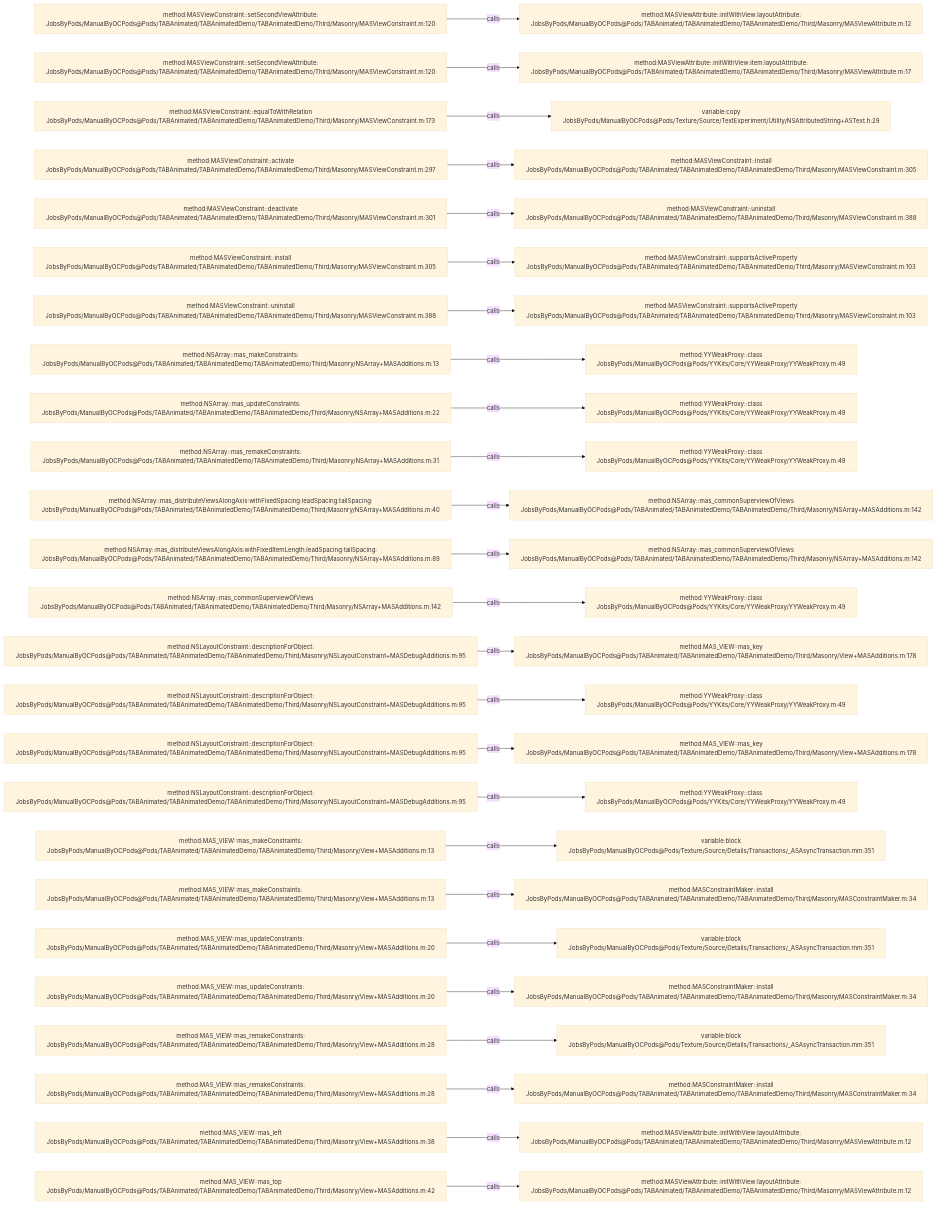
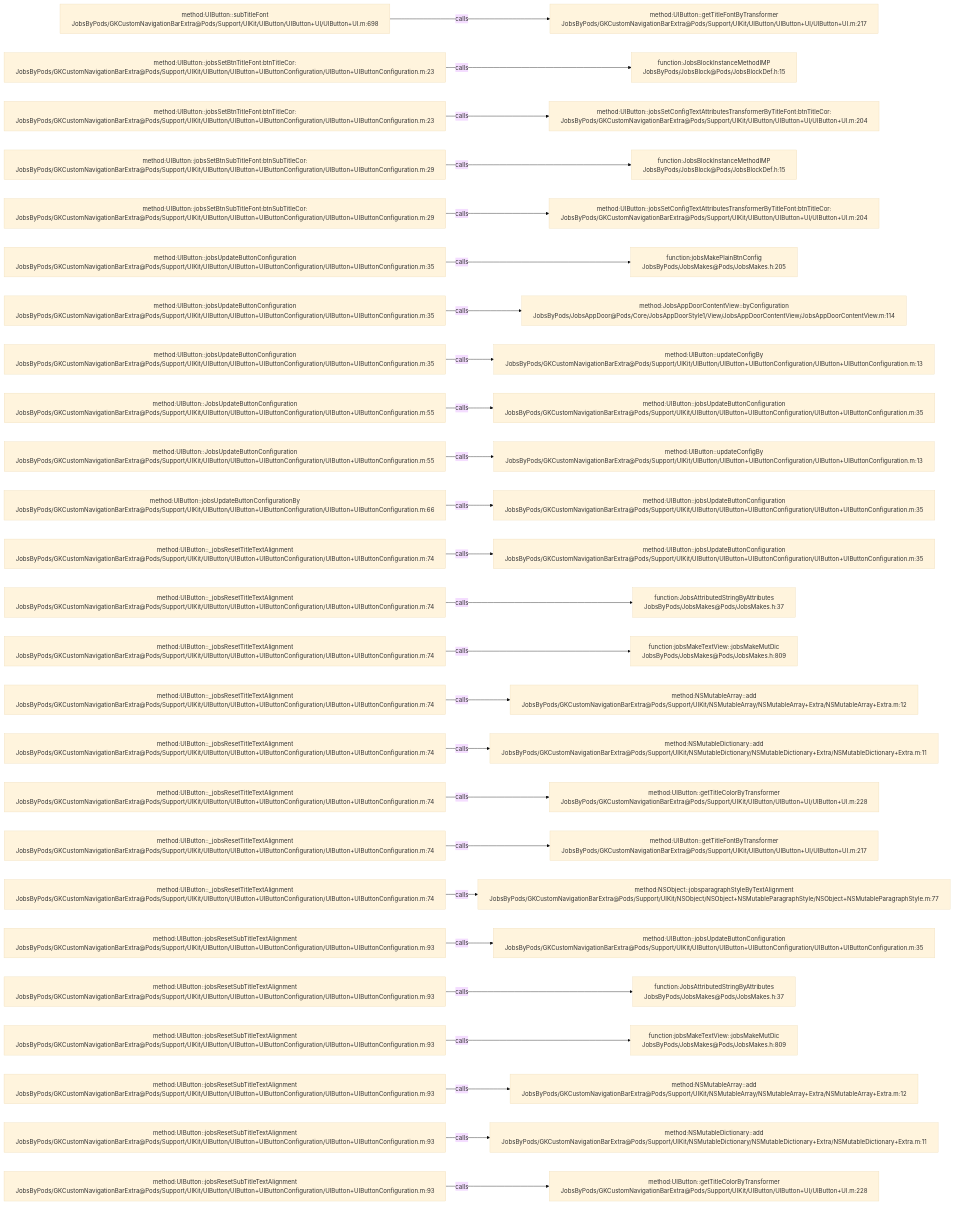
One commit to JobsKits/JobsOCBaseConfigDemo changed the diagram in .codegraph/codegraph.md/graphs/calls-032.md. Above: the diagram before and after it, drawn with Mermaid (base theme). The commit also changed 768 other files, not shown here.

````diff
--- a/.codegraph/codegraph.md/graphs/calls-032.md
+++ b/.codegraph/codegraph.md/graphs/calls-032.md
@@ -13,78 +13,78 @@
 ```mermaid
 flowchart LR
-  S1["method:MASViewConstraint::setSecondViewAttribute:<br/>JobsByPods/ManualByOCPods@Pods/TABAnimated/TABAnimatedDemo/TABAnimatedDemo/Third/Masonry/MASViewConstraint.m:120"]
-  T1["method:MASViewAttribute::initWithView:layoutAttribute:<br/>JobsByPods/ManualByOCPods@Pods/TABAnimated/TABAnimatedDemo/TABAnimatedDemo/Third/Masonry/MASViewAttribute.m:12"]
+  S1["method:UIButton::subTitleFont<br/>JobsByPods/GKCustomNavigationBarExtra@Pods/Support/UIKit/UIButton/UIButton+UI/UIButton+UI.m:698"]
+  T1["method:UIButton::getTitleFontByTransformer<br/>JobsByPods/GKCustomNavigationBarExtra@Pods/Support/UIKit/UIButton/UIButton+UI/UIButton+UI.m:217"]
   S1 -->|calls| T1
-  S2["method:MASViewConstraint::setSecondViewAttribute:<br/>JobsByPods/ManualByOCPods@Pods/TABAnimated/TABAnimatedDemo/TABAnimatedDemo/Third/Masonry/MASViewConstraint.m:120"]
-  T2["method:MASViewAttribute::initWithView:item:layoutAttribute:<br/>JobsByPods/ManualByOCPods@Pods/TABAnimated/TABAnimatedDemo/TABAnimatedDemo/Third/Masonry/MASViewAttribute.m:17"]
+  S2["method:UIButton::jobsSetBtnTitleFont:btnTitleCor:<br/>JobsByPods/GKCustomNavigationBarExtra@Pods/Support/UIKit/UIButton/UIButton+UIButtonConfiguration/UIButton+UIButtonConfiguration.m:23"]
+  T2["function:JobsBlockInstanceMethodIMP<br/>JobsByPods/JobsBlock@Pods/JobsBlockDef.h:15"]
   S2 -->|calls| T2
-  S3["method:MASViewConstraint::equalToWithRelation<br/>JobsByPods/ManualByOCPods@Pods/TABAnimated/TABAnimatedDemo/TABAnimatedDemo/Third/Masonry/MASViewConstraint.m:173"]
-  T3["variable:copy<br/>JobsByPods/ManualByOCPods@Pods/Texture/Source/TextExperiment/Utility/NSAttributedString+ASText.h:29"]
+  S3["method:UIButton::jobsSetBtnTitleFont:btnTitleCor:<br/>JobsByPods/GKCustomNavigationBarExtra@Pods/Support/UIKit/UIButton/UIButton+UIButtonConfiguration/UIButton+UIButtonConfiguration.m:23"]
+  T3["method:UIButton::jobsSetConfigTextAttributesTransformerByTitleFont:btnTitleCor:<br/>JobsByPods/GKCustomNavigationBarExtra@Pods/Support/UIKit/UIButton/UIButton+UI/UIButton+UI.m:204"]
   S3 -->|calls| T3
-  S4["method:MASViewConstraint::activate<br/>JobsByPods/ManualByOCPods@Pods/TABAnimated/TABAnimatedDemo/TABAnimatedDemo/Third/Masonry/MASViewConstraint.m:297"]
-  T4["method:MASViewConstraint::install<br/>JobsByPods/ManualByOCPods@Pods/TABAnimated/TABAnimatedDemo/TABAnimatedDemo/Third/Masonry/MASViewConstraint.m:305"]
+  S4["method:UIButton::jobsSetBtnSubTitleFont:btnSubTitleCor:<br/>JobsByPods/GKCustomNavigationBarExtra@Pods/Support/UIKit/UIButton/UIButton+UIButtonConfiguration/UIButton+UIButtonConfiguration.m:29"]
+  T4["function:JobsBlockInstanceMethodIMP<br/>JobsByPods/JobsBlock@Pods/JobsBlockDef.h:15"]
   S4 -->|calls| T4
-  S5["method:MASViewConstraint::deactivate<br/>JobsByPods/ManualByOCPods@Pods/TABAnimated/TABAnimatedDemo/TABAnimatedDemo/Third/Masonry/MASViewConstraint.m:301"]
-  T5["method:MASViewConstraint::uninstall<br/>JobsByPods/ManualByOCPods@Pods/TABAnimated/TABAnimatedDemo/TABAnimatedDemo/Third/Masonry/MASViewConstraint.m:388"]
+  S5["method:UIButton::jobsSetBtnSubTitleFont:btnSubTitleCor:<br/>JobsByPods/GKCustomNavigationBarExtra@Pods/Support/UIKit/UIButton/UIButton+UIButtonConfiguration/UIButton+UIButtonConfiguration.m:29"]
+  T5["method:UIButton::jobsSetConfigTextAttributesTransformerByTitleFont:btnTitleCor:<br/>JobsByPods/GKCustomNavigationBarExtra@Pods/Support/UIKit/UIButton/UIButton+UI/UIButton+UI.m:204"]
   S5 -->|calls| T5
-  S6["method:MASViewConstraint::install<br/>JobsByPods/ManualByOCPods@Pods/TABAnimated/TABAnimatedDemo/TABAnimatedDemo/Third/Masonry/MASViewConstraint.m:305"]
-  T6["method:MASViewConstraint::supportsActiveProperty<br/>JobsByPods/ManualByOCPods@Pods/TABAnimated/TABAnimatedDemo/TABAnimatedDemo/Third/Masonry/MASViewConstraint.m:103"]
+  S6["method:UIButton::jobsUpdateButtonConfiguration<br/>JobsByPods/GKCustomNavigationBarExtra@Pods/Support/UIKit/UIButton/UIButton+UIButtonConfiguration/UIButton+UIButtonConfiguration.m:35"]
+  T6["function:jobsMakePlainBtnConfig<br/>JobsByPods/JobsMakes@Pods/JobsMakes.h:205"]
   S6 -->|calls| T6
-  S7["method:MASViewConstraint::uninstall<br/>JobsByPods/ManualByOCPods@Pods/TABAnimated/TABAnimatedDemo/TABAnimatedDemo/Third/Masonry/MASViewConstraint.m:388"]
-  T7["method:MASViewConstraint::supportsActiveProperty<br/>JobsByPods/ManualByOCPods@Pods/TABAnimated/TABAnimatedDemo/TABAnimatedDemo/Third/Masonry/MASViewConstraint.m:103"]
+  S7["method:UIButton::jobsUpdateButtonConfiguration<br/>JobsByPods/GKCustomNavigationBarExtra@Pods/Support/UIKit/UIButton/UIButton+UIButtonConfiguration/UIButton+UIButtonConfiguration.m:35"]
+  T7["method:JobsAppDoorContentView::byConfiguration<br/>JobsByPods/JobsAppDoor@Pods/Core/JobsAppDoorStyle1/View/JobsAppDoorContentView/JobsAppDoorContentView.m:114"]
   S7 -->|calls| T7
-  S8["method:NSArray::mas_makeConstraints:<br/>JobsByPods/ManualByOCPods@Pods/TABAnimated/TABAnimatedDemo/TABAnimatedDemo/Third/Masonry/NSArray+MASAdditions.m:13"]
-  T8["method:YYWeakProxy::class<br/>JobsByPods/ManualByOCPods@Pods/YYKits/Core/YYWeakProxy/YYWeakProxy.m:49"]
+  S8["method:UIButton::jobsUpdateButtonConfiguration<br/>JobsByPods/GKCustomNavigationBarExtra@Pods/Support/UIKit/UIButton/UIButton+UIButtonConfiguration/UIButton+UIButtonConfiguration.m:35"]
+  T8["method:UIButton::updateConfigBy<br/>JobsByPods/GKCustomNavigationBarExtra@Pods/Support/UIKit/UIButton/UIButton+UIButtonConfiguration/UIButton+UIButtonConfiguration.m:13"]
   S8 -->|calls| T8
-  S9["method:NSArray::mas_updateConstraints:<br/>JobsByPods/ManualByOCPods@Pods/TABAnimated/TABAnimatedDemo/TABAnimatedDemo/Third/Masonry/NSArray+MASAdditions.m:22"]
-  T9["method:YYWeakProxy::class<br/>JobsByPods/ManualByOCPods@Pods/YYKits/Core/YYWeakProxy/YYWeakProxy.m:49"]
+  S9["method:UIButton::JobsUpdateButtonConfiguration<br/>JobsByPods/GKCustomNavigationBarExtra@Pods/Support/UIKit/UIButton/UIButton+UIButtonConfiguration/UIButton+UIButtonConfiguration.m:55"]
+  T9["method:UIButton::jobsUpdateButtonConfiguration<br/>JobsByPods/GKCustomNavigationBarExtra@Pods/Support/UIKit/UIButton/UIButton+UIButtonConfiguration/UIButton+UIButtonConfiguration.m:35"]
   S9 -->|calls| T9
-  S10["method:NSArray::mas_remakeConstraints:<br/>JobsByPods/ManualByOCPods@Pods/TABAnimated/TABAnimatedDemo/TABAnimatedDemo/Third/Masonry/NSArray+MASAdditions.m:31"]
-  T10["method:YYWeakProxy::class<br/>JobsByPods/ManualByOCPods@Pods/YYKits/Core/YYWeakProxy/YYWeakProxy.m:49"]
+  S10["method:UIButton::JobsUpdateButtonConfiguration<br/>JobsByPods/GKCustomNavigationBarExtra@Pods/Support/UIKit/UIButton/UIButton+UIButtonConfiguration/UIButton+UIButtonConfiguration.m:55"]
+  T10["method:UIButton::updateConfigBy<br/>JobsByPods/GKCustomNavigationBarExtra@Pods/Support/UIKit/UIButton/UIButton+UIButtonConfiguration/UIButton+UIButtonConfiguration.m:13"]
   S10 -->|calls| T10
-  S11["method:NSArray::mas_distributeViewsAlongAxis:withFixedSpacing:leadSpacing:tailSpacing:<br/>JobsByPods/ManualByOCPods@Pods/TABAnimated/TABAnimatedDemo/TABAnimatedDemo/Third/Masonry/NSArray+MASAdditions.m:40"]
-  T11["method:NSArray::mas_commonSuperviewOfViews<br/>JobsByPods/ManualByOCPods@Pods/TABAnimated/TABAnimatedDemo/TABAnimatedDemo/Third/Masonry/NSArray+MASAdditions.m:142"]
+  S11["method:UIButton::jobsUpdateButtonConfigurationBy<br/>JobsByPods/GKCustomNavigationBarExtra@Pods/Support/UIKit/UIButton/UIButton+UIButtonConfiguration/UIButton+UIButtonConfiguration.m:66"]
+  T11["method:UIButton::jobsUpdateButtonConfiguration<br/>JobsByPods/GKCustomNavigationBarExtra@Pods/Support/UIKit/UIButton/UIButton+UIButtonConfiguration/UIButton+UIButtonConfiguration.m:35"]
   S11 -->|calls| T11
-  S12["method:NSArray::mas_distributeViewsAlongAxis:withFixedItemLength:leadSpacing:tailSpacing:<br/>JobsByPods/ManualByOCPods@Pods/TABAnimated/TABAnimatedDemo/TABAnimatedDemo/Third/Masonry/NSArray+MASAdditions.m:89"]
-  T12["method:NSArray::mas_commonSuperviewOfViews<br/>JobsByPods/ManualByOCPods@Pods/TABAnimated/TABAnimatedDemo/TABAnimatedDemo/Third/Masonry/NSArray+MASAdditions.m:142"]
+  S12["method:UIButton::_jobsResetTitleTextAlignment<br/>JobsByPods/GKCustomNavigationBarExtra@Pods/Support/UIKit/UIButton/UIButton+UIButtonConfiguration/UIButton+UIButtonConfiguration.m:74"]
+  T12["method:UIButton::jobsUpdateButtonConfiguration<br/>JobsByPods/GKCustomNavigationBarExtra@Pods/Support/UIKit/UIButton/UIButton+UIButtonConfiguration/UIButton+UIButtonConfiguration.m:35"]
   S12 -->|calls| T12
-  S13["method:NSArray::mas_commonSuperviewOfViews<br/>JobsByPods/ManualByOCPods@Pods/TABAnimated/TABAnimatedDemo/TABAnimatedDemo/Third/Masonry/NSArray+MASAdditions.m:142"]
-  T13["method:YYWeakProxy::class<br/>JobsByPods/ManualByOCPods@Pods/YYKits/Core/YYWeakProxy/YYWeakProxy.m:49"]
+  S13["method:UIButton::_jobsResetTitleTextAlignment<br/>JobsByPods/GKCustomNavigationBarExtra@Pods/Support/UIKit/UIButton/UIButton+UIButtonConfiguration/UIButton+UIButtonConfiguration.m:74"]
+  T13["function:JobsAttributedStringByAttributes<br/>JobsByPods/JobsMakes@Pods/JobsMakes.h:37"]
   S13 -->|calls| T13
-  S14["method:NSLayoutConstraint::descriptionForObject:<br/>JobsByPods/ManualByOCPods@Pods/TABAnimated/TABAnimatedDemo/TABAnimatedDemo/Third/Masonry/NSLayoutConstraint+MASDebugAdditions.m:95"]
-  T14["method:MAS_VIEW::mas_key<br/>JobsByPods/ManualByOCPods@Pods/TABAnimated/TABAnimatedDemo/TABAnimatedDemo/Third/Masonry/View+MASAdditions.m:178"]
+  S14["method:UIButton::_jobsResetTitleTextAlignment<br/>JobsByPods/GKCustomNavigationBarExtra@Pods/Support/UIKit/UIButton/UIButton+UIButtonConfiguration/UIButton+UIButtonConfiguration.m:74"]
+  T14["function:jobsMakeTextView::jobsMakeMutDic<br/>JobsByPods/JobsMakes@Pods/JobsMakes.h:809"]
   S14 -->|calls| T14
-  S15["method:NSLayoutConstraint::descriptionForObject:<br/>JobsByPods/ManualByOCPods@Pods/TABAnimated/TABAnimatedDemo/TABAnimatedDemo/Third/Masonry/NSLayoutConstraint+MASDebugAdditions.m:95"]
-  T15["method:YYWeakProxy::class<br/>JobsByPods/ManualByOCPods@Pods/YYKits/Core/YYWeakProxy/YYWeakProxy.m:49"]
+  S15["method:UIButton::_jobsResetTitleTextAlignment<br/>JobsByPods/GKCustomNavigationBarExtra@Pods/Support/UIKit/UIButton/UIButton+UIButtonConfiguration/UIButton+UIButtonConfiguration.m:74"]
+  T15["method:NSMutableArray::add<br/>JobsByPods/GKCustomNavigationBarExtra@Pods/Support/UIKit/NSMutableArray/NSMutableArray+Extra/NSMutableArray+Extra.m:12"]
   S15 -->|calls| T15
-  S16["method:NSLayoutConstraint::descriptionForObject:<br/>JobsByPods/ManualByOCPods@Pods/TABAnimated/TABAnimatedDemo/TABAnimatedDemo/Third/Masonry/NSLayoutConstraint+MASDebugAdditions.m:95"]
-  T16["method:MAS_VIEW::mas_key<br/>JobsByPods/ManualByOCPods@Pods/TABAnimated/TABAnimatedDemo/TABAnimatedDemo/Third/Masonry/View+MASAdditions.m:178"]
+  S16["method:UIButton::_jobsResetTitleTextAlignment<br/>JobsByPods/GKCustomNavigationBarExtra@Pods/Support/UIKit/UIButton/UIButton+UIButtonConfiguration/UIButton+UIButtonConfiguration.m:74"]
+  T16["method:NSMutableDictionary::add<br/>JobsByPods/GKCustomNavigationBarExtra@Pods/Support/UIKit/NSMutableDictionary/NSMutableDictionary+Extra/NSMutableDictionary+Extra.m:11"]
   S16 -->|calls| T16
-  S17["method:NSLayoutConstraint::descriptionForObject:<br/>JobsByPods/ManualByOCPods@Pods/TABAnimated/TABAnimatedDemo/TABAnimatedDemo/Third/Masonry/NSLayoutConstraint+MASDebugAdditions.m:95"]
-  T17["method:YYWeakProxy::class<br/>JobsByPods/ManualByOCPods@Pods/YYKits/Core/YYWeakProxy/YYWeakProxy.m:49"]
+  S17["method:UIButton::_jobsResetTitleTextAlignment<br/>JobsByPods/GKCustomNavigationBarExtra@Pods/Support/UIKit/UIButton/UIButton+UIButtonConfiguration/UIButton+UIButtonConfiguration.m:74"]
+  T17["method:UIButton::getTitleColorByTransformer<br/>JobsByPods/GKCustomNavigationBarExtra@Pods/Support/UIKit/UIButton/UIButton+UI/UIButton+UI.m:228"]
   S17 -->|calls| T17
-  S18["method:MAS_VIEW::mas_makeConstraints:<br/>JobsByPods/ManualByOCPods@Pods/TABAnimated/TABAnimatedDemo/TABAnimatedDemo/Third/Masonry/View+MASAdditions.m:13"]
-  T18["variable:block<br/>JobsByPods/ManualByOCPods@Pods/Texture/Source/Details/Transactions/_ASAsyncTransaction.mm:351"]
+  S18["method:UIButton::_jobsResetTitleTextAlignment<br/>JobsByPods/GKCustomNavigationBarExtra@Pods/Support/UIKit/UIButton/UIButton+UIButtonConfiguration/UIButton+UIButtonConfiguration.m:74"]
+  T18["method:UIButton::getTitleFontByTransformer<br/>JobsByPods/GKCustomNavigationBarExtra@Pods/Support/UIKit/UIButton/UIButton+UI/UIButton+UI.m:217"]
   S18 -->|calls| T18
-  S19["method:MAS_VIEW::mas_makeConstraints:<br/>JobsByPods/ManualByOCPods@Pods/TABAnimated/TABAnimatedDemo/TABAnimatedDemo/Third/Masonry/View+MASAdditions.m:13"]
-  T19["method:MASConstraintMaker::install<br/>JobsByPods/ManualByOCPods@Pods/TABAnimated/TABAnimatedDemo/TABAnimatedDemo/Third/Masonry/MASConstraintMaker.m:34"]
+  S19["method:UIButton::_jobsResetTitleTextAlignment<br/>JobsByPods/GKCustomNavigationBarExtra@Pods/Support/UIKit/UIButton/UIButton+UIButtonConfiguration/UIButton+UIButtonConfiguration.m:74"]
+  T19["method:NSObject::jobsparagraphStyleByTextAlignment<br/>JobsByPods/GKCustomNavigationBarExtra@Pods/Support/UIKit/NSObject/NSObject+NSMutableParagraphStyle/NSObject+NSMutableParagraphStyle.m:77"]
   S19 -->|calls| T19
-  S20["method:MAS_VIEW::mas_updateConstraints:<br/>JobsByPods/ManualByOCPods@Pods/TABAnimated/TABAnimatedDemo/TABAnimatedDemo/Third/Masonry/View+MASAdditions.m:20"]
-  T20["variable:block<br/>JobsByPods/ManualByOCPods@Pods/Texture/Source/Details/Transactions/_ASAsyncTransaction.mm:351"]
+  S20["method:UIButton::jobsResetSubTitleTextAlignment<br/>JobsByPods/GKCustomNavigationBarExtra@Pods/Support/UIKit/UIButton/UIButton+UIButtonConfiguration/UIButton+UIButtonConfiguration.m:93"]
+  T20["method:UIButton::jobsUpdateButtonConfiguration<br/>JobsByPods/GKCustomNavigationBarExtra@Pods/Support/UIKit/UIButton/UIButton+UIButtonConfiguration/UIButton+UIButtonConfiguration.m:35"]
   S20 -->|calls| T20
-  S21["method:MAS_VIEW::mas_updateConstraints:<br/>JobsByPods/ManualByOCPods@Pods/TABAnimated/TABAnimatedDemo/TABAnimatedDemo/Third/Masonry/View+MASAdditions.m:20"]
-  T21["method:MASConstraintMaker::install<br/>JobsByPods/ManualByOCPods@Pods/TABAnimated/TABAnimatedDemo/TABAnimatedDemo/Third/Masonry/MASConstraintMaker.m:34"]
+  S21["method:UIButton::jobsResetSubTitleTextAlignment<br/>JobsByPods/GKCustomNavigationBarExtra@Pods/Support/UIKit/UIButton/UIButton+UIButtonConfiguration/UIButton+UIButtonConfiguration.m:93"]
+  T21["function:JobsAttributedStringByAttributes<br/>JobsByPods/JobsMakes@Pods/JobsMakes.h:37"]
   S21 -->|calls| T21
-  S22["method:MAS_VIEW::mas_remakeConstraints:<br/>JobsByPods/ManualByOCPods@Pods/TABAnimated/TABAnimatedDemo/TABAnimatedDemo/Third/Masonry/View+MASAdditions.m:28"]
-  T22["variable:block<br/>JobsByPods/ManualByOCPods@Pods/Texture/Source/Details/Transactions/_ASAsyncTransaction.mm:351"]
+  S22["method:UIButton::jobsResetSubTitleTextAlignment<br/>JobsByPods/GKCustomNavigationBarExtra@Pods/Support/UIKit/UIButton/UIButton+UIButtonConfiguration/UIButton+UIButtonConfiguration.m:93"]
+  T22["function:jobsMakeTextView::jobsMakeMutDic<br/>JobsByPods/JobsMakes@Pods/JobsMakes.h:809"]
   S22 -->|calls| T22
-  S23["method:MAS_VIEW::mas_remakeConstraints:<br/>JobsByPods/ManualByOCPods@Pods/TABAnimated/TABAnimatedDemo/TABAnimatedDemo/Third/Masonry/View+MASAdditions.m:28"]
-  T23["method:MASConstraintMaker::install<br/>JobsByPods/ManualByOCPods@Pods/TABAnimated/TABAnimatedDemo/TABAnimatedDemo/Third/Masonry/MASConstraintMaker.m:34"]
+  S23["method:UIButton::jobsResetSubTitleTextAlignment<br/>JobsByPods/GKCustomNavigationBarExtra@Pods/Support/UIKit/UIButton/UIButton+UIButtonConfiguration/UIButton+UIButtonConfiguration.m:93"]
+  T23["method:NSMutableArray::add<br/>JobsByPods/GKCustomNavigationBarExtra@Pods/Support/UIKit/NSMutableArray/NSMutableArray+Extra/NSMutableArray+Extra.m:12"]
   S23 -->|calls| T23
-  S24["method:MAS_VIEW::mas_left<br/>JobsByPods/ManualByOCPods@Pods/TABAnimated/TABAnimatedDemo/TABAnimatedDemo/Third/Masonry/View+MASAdditions.m:38"]
-  T24["method:MASViewAttribute::initWithView:layoutAttribute:<br/>JobsByPods/ManualByOCPods@Pods/TABAnimated/TABAnimatedDemo/TABAnimatedDemo/Third/Masonry/MASViewAttribute.m:12"]
+  S24["method:UIButton::jobsResetSubTitleTextAlignment<br/>JobsByPods/GKCustomNavigationBarExtra@Pods/Support/UIKit/UIButton/UIButton+UIButtonConfiguration/UIButton+UIButtonConfiguration.m:93"]
+  T24["method:NSMutableDictionary::add<br/>JobsByPods/GKCustomNavigationBarExtra@Pods/Support/UIKit/NSMutableDictionary/NSMutableDictionary+Extra/NSMutableDictionary+Extra.m:11"]
   S24 -->|calls| T24
-  S25["method:MAS_VIEW::mas_top<br/>JobsByPods/ManualByOCPods@Pods/TABAnimated/TABAnimatedDemo/TABAnimatedDemo/Third/Masonry/View+MASAdditions.m:42"]
-  T25["method:MASViewAttribute::initWithView:layoutAttribute:<br/>JobsByPods/ManualByOCPods@Pods/TABAnimated/TABAnimatedDemo/TABAnimatedDemo/Third/Masonry/MASViewAttribute.m:12"]
+  S25["method:UIButton::jobsResetSubTitleTextAlignment<br/>JobsByPods/GKCustomNavigationBarExtra@Pods/Support/UIKit/UIButton/UIButton+UIButtonConfiguration/UIButton+UIButtonConfiguration.m:93"]
+  T25["method:UIButton::getTitleColorByTransformer<br/>JobsByPods/GKCustomNavigationBarExtra@Pods/Support/UIKit/UIButton/UIButton+UI/UIButton+UI.m:228"]
   S25 -->|calls| T25
 ```
````
